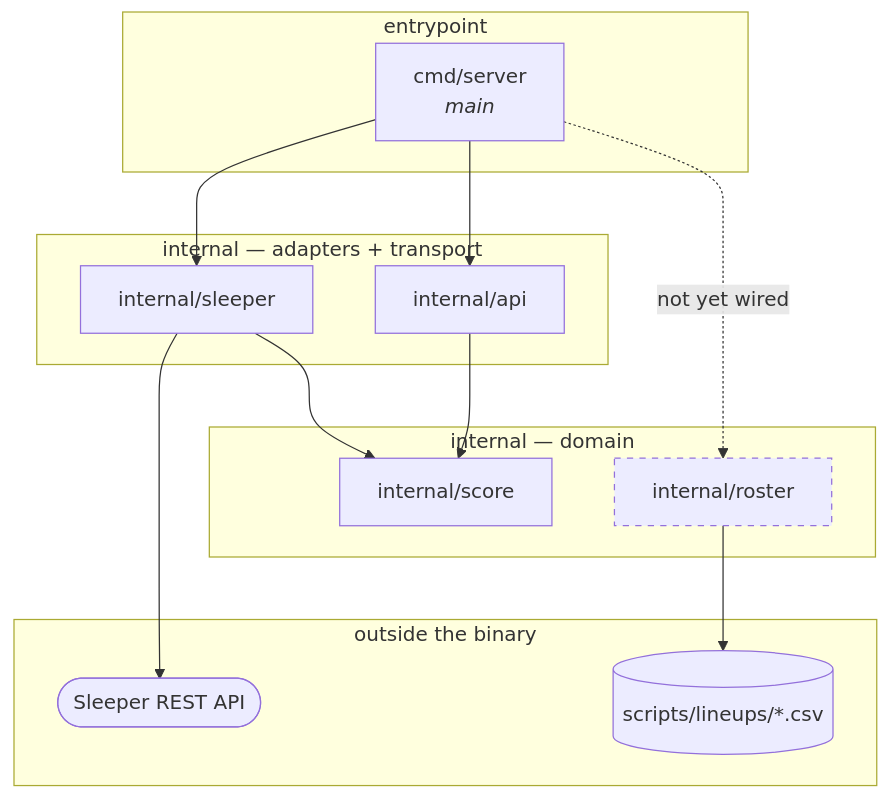
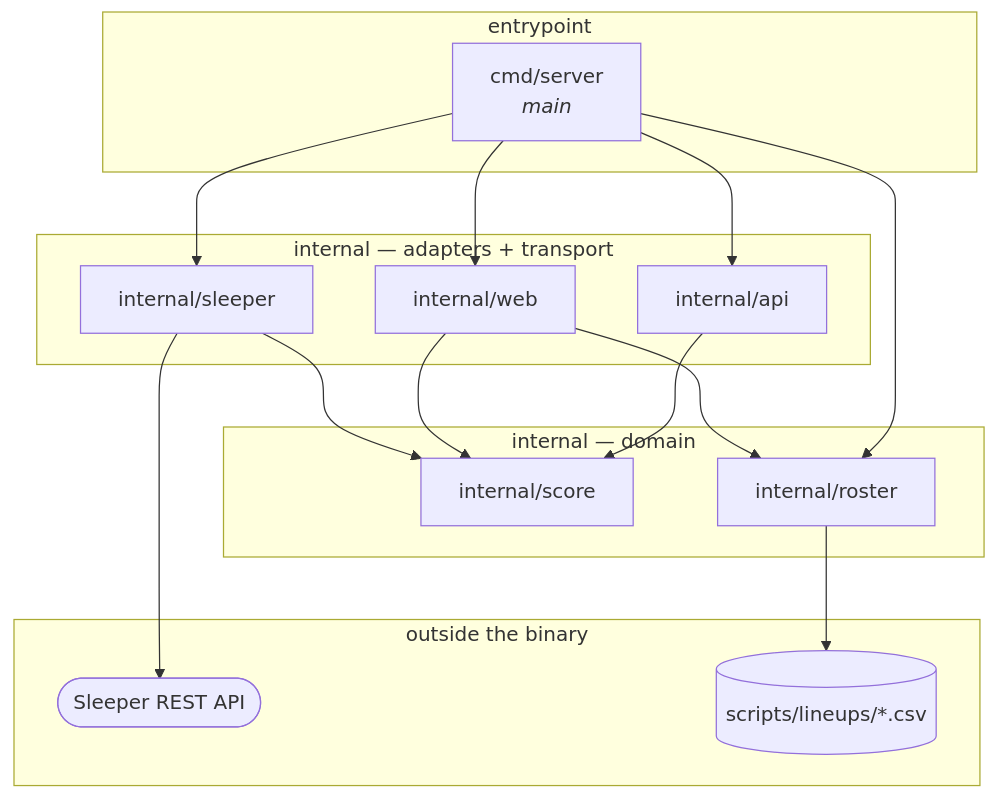
The diagram in docs/package-dependencies.md (eshifrin-606/bojjaes), drawn with Mermaid before and after one commit. The commit also changed other lines of this file, not shown here.

````diff
--- a/docs/package-dependencies.md
+++ b/docs/package-dependencies.md
@@ -12,29 +12,30 @@
 ```mermaid
 graph TD
     subgraph entry["entrypoint"]
         main["cmd/server<br/><i>main</i>"]
     end
     subgraph domain["internal — domain"]
         score["internal/score"]
         roster["internal/roster"]
     end
     subgraph adapters["internal — adapters + transport"]
         sleeperpkg["internal/sleeper"]
         api["internal/api"]
+        web["internal/web"]
     end
     subgraph ext["outside the binary"]
         sleeper(["Sleeper REST API"])
         files[("scripts/lineups/*.csv")]
     end
 
     main --> api
+    main --> web
     main --> sleeperpkg
-    main -.->|"not yet wired"| roster
+    main --> roster
     api --> score
+    web --> score
+    web --> roster
     sleeperpkg --> score
     sleeperpkg --> sleeper
     roster --> files
-
-    classDef pending stroke-dasharray: 5 5
-    class roster pending
 ```
````
